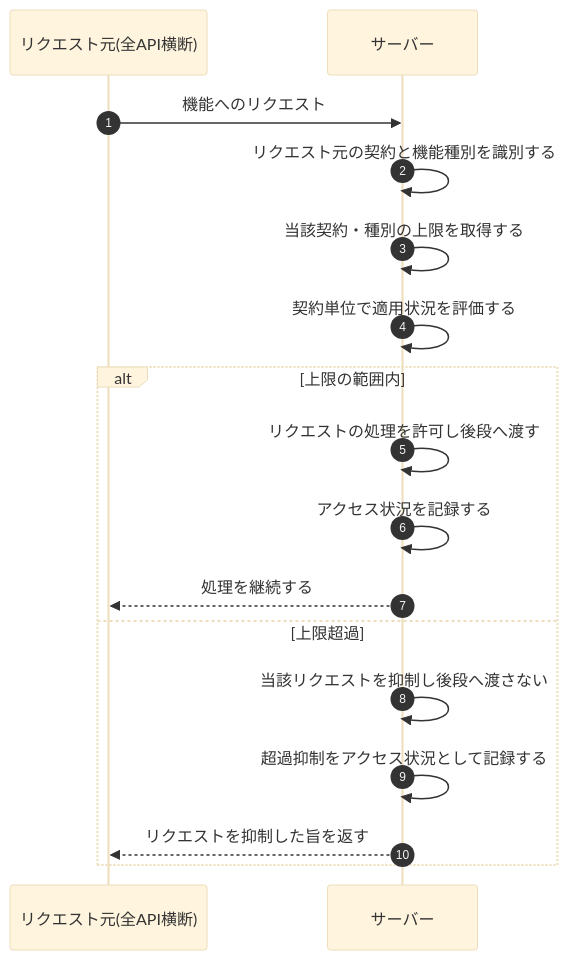
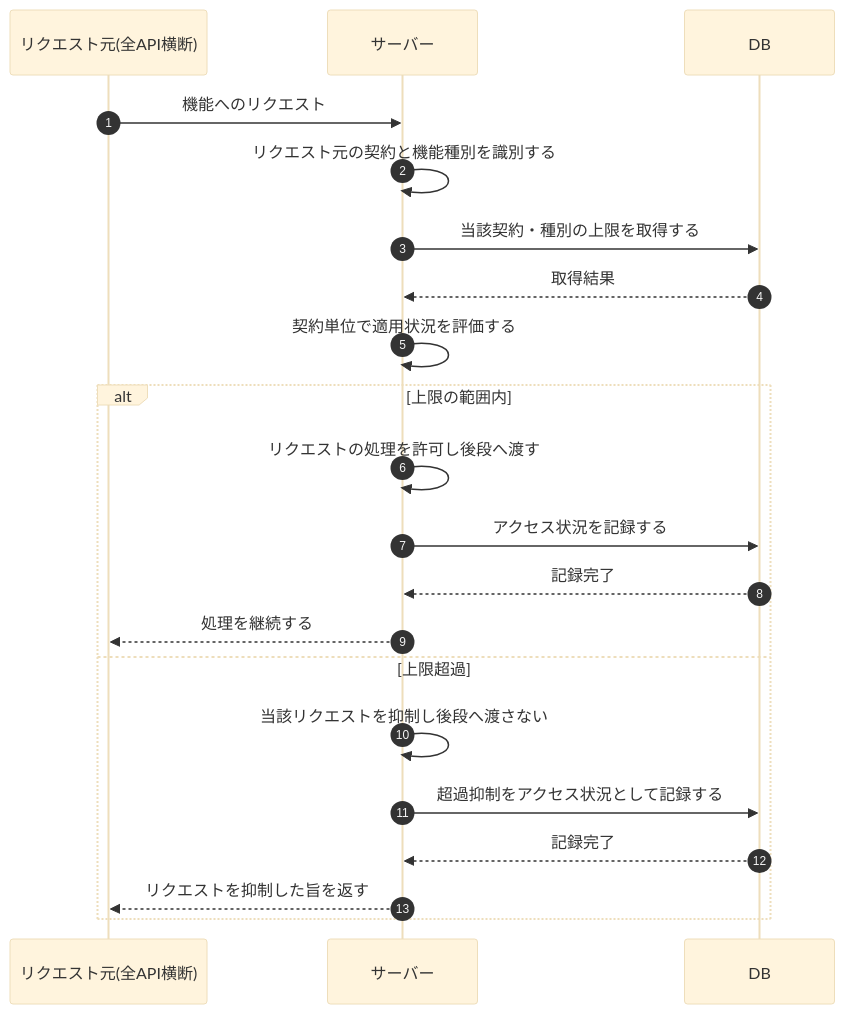
Before and after one commit to sikakou54/open-faq: the diagram in 02_basic_design/03_sequences/SEQ-117.md, drawn with Mermaid (base theme). The commit also changed other lines of this file and 122 other files, not shown here.

First line of the commit message:
シーケンス図に DB アクターを追加(DB 操作をサーバー自己メッセージから分離)

````diff
--- a/02_basic_design/03_sequences/SEQ-117.md
+++ b/02_basic_design/03_sequences/SEQ-117.md
@@ -26,19 +26,23 @@
 ```mermaid
 sequenceDiagram
   autonumber
   participant Caller as リクエスト元(全API横断)
   participant Server as サーバー
+  participant DB as DB
   Caller->>Server: 機能へのリクエスト
   Server->>Server: リクエスト元の契約と機能種別を識別する
-  Server->>Server: 当該契約・種別の上限を取得する
+  Server->>DB: 当該契約・種別の上限を取得する
+  DB-->>Server: 取得結果
   Server->>Server: 契約単位で適用状況を評価する
   alt 上限の範囲内
     Server->>Server: リクエストの処理を許可し後段へ渡す
-    Server->>Server: アクセス状況を記録する
+    Server->>DB: アクセス状況を記録する
+    DB-->>Server: 記録完了
     Server-->>Caller: 処理を継続する
   else 上限超過
     Server->>Server: 当該リクエストを抑制し後段へ渡さない
-    Server->>Server: 超過抑制をアクセス状況として記録する
+    Server->>DB: 超過抑制をアクセス状況として記録する
+    DB-->>Server: 記録完了
     Server-->>Caller: リクエストを抑制した旨を返す
   end
 ```
````
